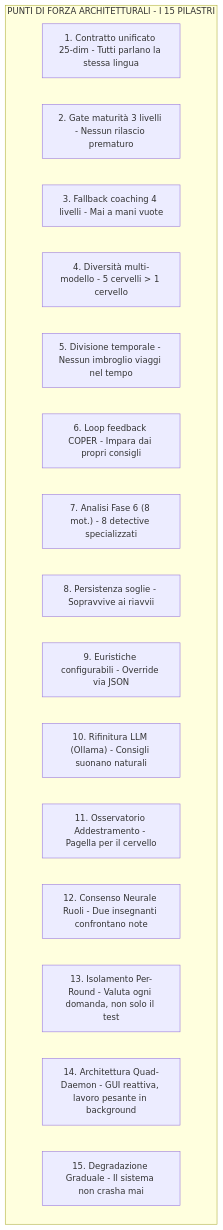
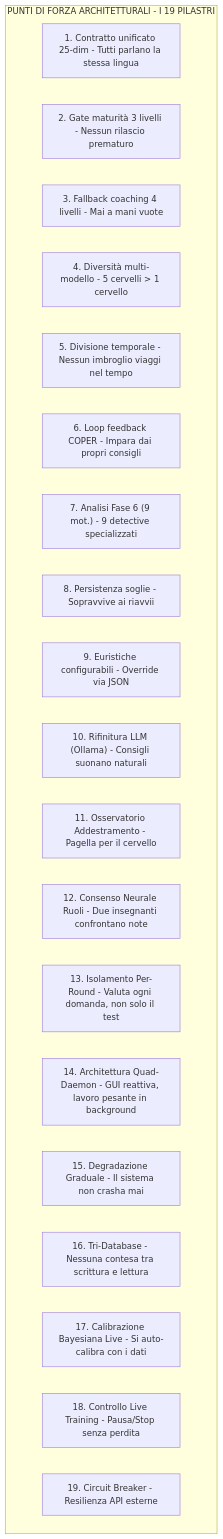
One commit to renanaugustomacena-ux/Counter-Strike-coach-AI changed diagram 30 of 30 in docs/AI-cs2-coach-part3.md. Above: the diagram before and after it, drawn with Mermaid. The commit also changed other lines of this file and 158 other files, not shown here.

````diff
--- a/docs/AI-cs2-coach-part3.md
+++ b/docs/AI-cs2-coach-part3.md
@@ -1087,20 +1198,24 @@
 ```mermaid
 flowchart TB
-    subgraph PILLARS["PUNTI DI FORZA ARCHITETTURALI - I 15 PILASTRI"]
+    subgraph PILLARS["PUNTI DI FORZA ARCHITETTURALI - I 19 PILASTRI"]
         P1["1. Contratto unificato 25-dim - Tutti parlano la stessa lingua"]
         P2["2. Gate maturità 3 livelli - Nessun rilascio prematuro"]
         P3["3. Fallback coaching 4 livelli - Mai a mani vuote"]
         P4["4. Diversità multi-modello - 5 cervelli > 1 cervello"]
         P5["5. Divisione temporale - Nessun imbroglio viaggi nel tempo"]
         P6["6. Loop feedback COPER - Impara dai propri consigli"]
-        P7["7. Analisi Fase 6 (8 mot.) - 8 detective specializzati"]
+        P7["7. Analisi Fase 6 (9 mot.) - 9 detective specializzati"]
         P8["8. Persistenza soglie - Sopravvive ai riavvii"]
         P9["9. Euristiche configurabili - Override via JSON"]
         P10["10. Rifinitura LLM (Ollama) - Consigli suonano naturali"]
         P11["11. Osservatorio Addestramento - Pagella per il cervello"]
         P12["12. Consenso Neurale Ruoli - Due insegnanti confrontano note"]
         P13["13. Isolamento Per-Round - Valuta ogni domanda, non solo il test"]
         P14["14. Architettura Quad-Daemon - GUI reattiva, lavoro pesante in background"]
         P15["15. Degradazione Graduale - Il sistema non crasha mai"]
+        P16["16. Tri-Database - Nessuna contesa tra scrittura e lettura"]
+        P17["17. Calibrazione Bayesiana Live - Si auto-calibra con i dati"]
+        P18["18. Controllo Live Training - Pausa/Stop senza perdita"]
+        P19["19. Circuit Breaker - Resilienza API esterne"]
     end
 ```
````
